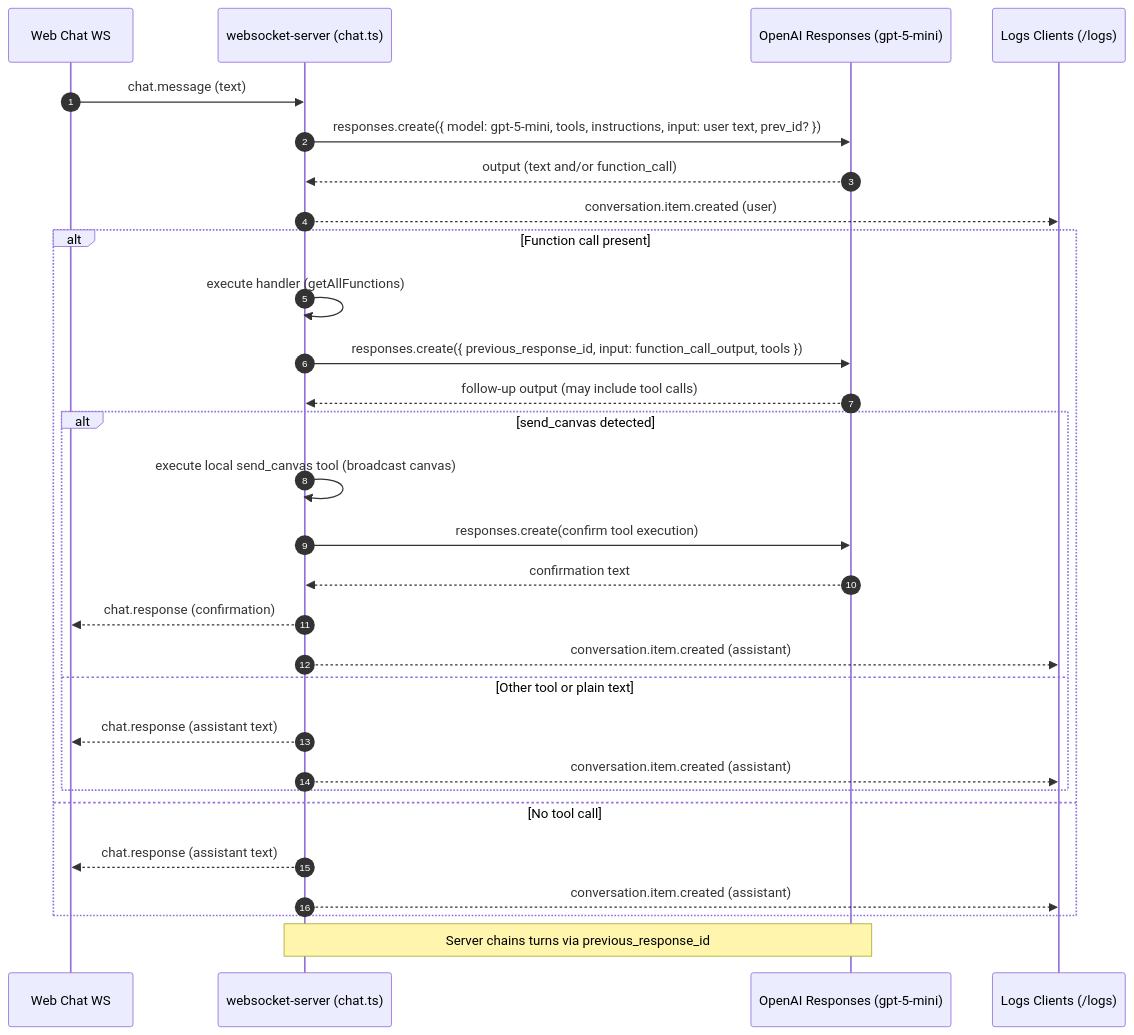
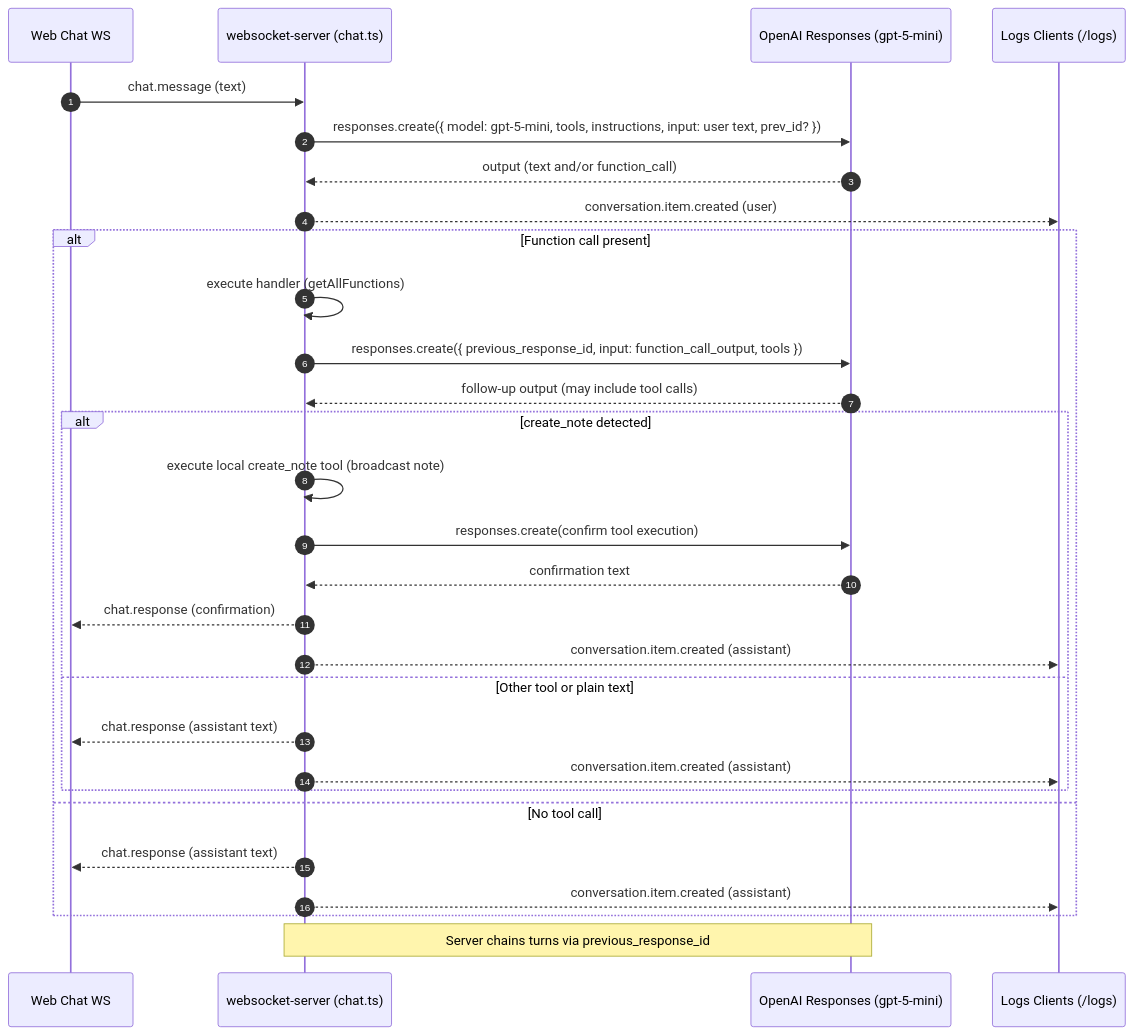
The second of 2 diagrams in docs/model-calling-flows.md (adamd9/delegate1), drawn with Mermaid before and after one commit. The commit also changed other lines of this file and 20 other files, not shown here.

````diff
--- a/docs/model-calling-flows.md
+++ b/docs/model-calling-flows.md
@@ -94,35 +94,35 @@
 ```mermaid
 sequenceDiagram
   autonumber
   participant Web as Web Chat WS
   participant Server as websocket-server (chat.ts)
   participant OpenAI as OpenAI Responses (gpt-5-mini)
   participant Logs as Logs Clients (/logs)
 
   Web->>Server: chat.message (text)
   Server->>OpenAI: responses.create({ model: gpt-5-mini, tools, instructions, input: user text, prev_id? })
   OpenAI-->>Server: output (text and/or function_call)
   Server-->>Logs: conversation.item.created (user)
 
   alt Function call present
     Server->>Server: execute handler (getAllFunctions)
     Server->>OpenAI: responses.create({ previous_response_id, input: function_call_output, tools })
     OpenAI-->>Server: follow-up output (may include tool calls)
 
-    alt send_canvas detected
-      Server->>Server: execute local send_canvas tool (broadcast canvas)
+    alt create_note detected
+      Server->>Server: execute local create_note tool (broadcast note)
       Server->>OpenAI: responses.create(confirm tool execution)
       OpenAI-->>Server: confirmation text
       Server-->>Web: chat.response (confirmation)
       Server-->>Logs: conversation.item.created (assistant)
     else Other tool or plain text
       Server-->>Web: chat.response (assistant text)
       Server-->>Logs: conversation.item.created (assistant)
     end
   else No tool call
     Server-->>Web: chat.response (assistant text)
     Server-->>Logs: conversation.item.created (assistant)
   end
 
   Note over Server,OpenAI: Server chains turns via previous_response_id
 ```
````
